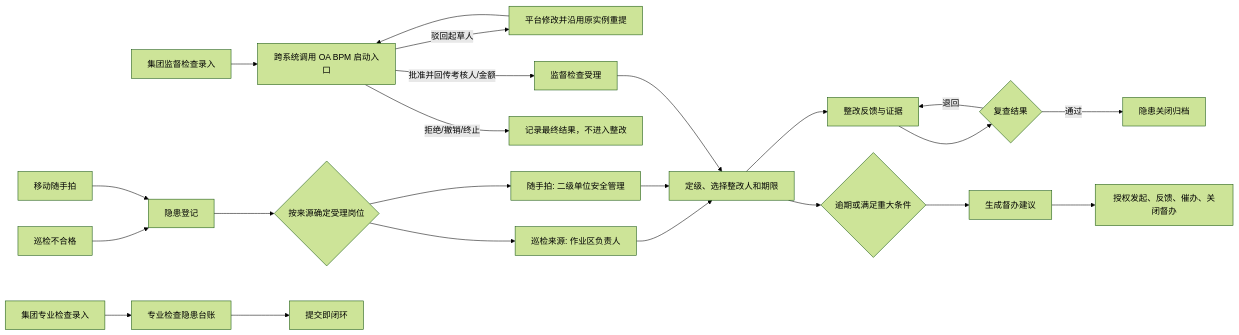
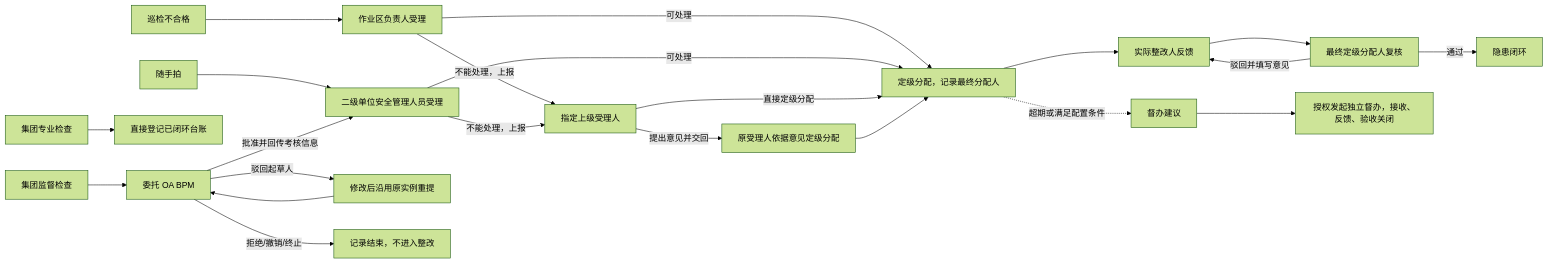
One commit to LingxiangXu/anhuan-safety-platform changed the diagram in platform-v2/docs/prd/modules/安全管理平台隐患治理与督办模块PRD.md. Above: the diagram before and after it, drawn with Mermaid (forest theme). The commit also changed other lines of this file and 7 other files, not shown here.

````diff
--- a/platform-v2/docs/prd/modules/安全管理平台隐患治理与督办模块PRD.md
+++ b/platform-v2/docs/prd/modules/安全管理平台隐患治理与督办模块PRD.md
@@ -55,25 +40,24 @@
 ```mermaid
 flowchart LR
-  inspection["巡检不合格"] --> register["隐患登记"]
-  mobile["移动随手拍"] --> register
-  professional["集团专业检查录入"] --> professionalLedger["专业检查隐患台账"]
-  hse["集团监督检查录入"] --> hseOa["跨系统调用 OA BPM 启动入口"]
-  hseOa -->|"驳回起草人"| hseEdit["平台修改并沿用原实例重提"]
-  hseEdit --> hseOa
-  hseOa -->|"批准并回传考核人/金额"| hseAccept["监督检查受理"]
-  hseOa -->|"拒绝/撤销/终止"| hseEnd["记录最终结果，不进入整改"]
-  register --> route{"按来源确定受理岗位"}
-  route --> section["巡检来源: 作业区负责人"]
-  route --> company["随手拍: 二级单位安全管理"]
-  professionalLedger --> professionalClosed["提交即闭环"]
-  section --> assign["定级、选择整改人和期限"]
-  company --> assign
-  hseAccept --> assign
-  assign --> rectify["整改反馈与证据"]
-  rectify --> review{"复查结果"}
-  review -->|"退回"| rectify
-  review -->|"通过"| close["隐患关闭归档"]
-  assign --> overdue{"逾期或满足重大条件"}
-  overdue --> supervision["生成督办建议"]
-  supervision --> superviseFlow["授权发起、反馈、催办、关闭督办"]
+  inspection["巡检不合格"] --> area["作业区负责人受理"]
+  mobile["随手拍"] --> safety["二级单位安全管理人员受理"]
+  professional["集团专业检查"] --> directClosed["直接登记已闭环台账"]
+  supervision["集团监督检查"] --> oa["委托 OA BPM"]
+  oa -->|"驳回起草人"| edit["修改后沿用原实例重提"]
+  edit --> oa
+  oa -->|"拒绝/撤销/终止"| endOa["记录结束，不进入整改"]
+  oa -->|"批准并回传考核信息"| safety
+  area -->|"可处理"| assign["定级分配，记录最终分配人"]
+  safety -->|"可处理"| assign
+  area -->|"不能处理，上报"| upper["指定上级受理人"]
+  safety -->|"不能处理，上报"| upper
+  upper -->|"直接定级分配"| assign
+  upper -->|"提出意见并交回"| original["原受理人依据意见定级分配"]
+  original --> assign
+  assign --> rectify["实际整改人反馈"]
+  rectify --> review["最终定级分配人复核"]
+  review -->|"通过"| closed["隐患闭环"]
+  review -->|"驳回并填写意见"| rectify
+  assign -.->|"超期或满足配置条件"| suggest["督办建议"]
+  suggest --> sup["授权发起独立督办，接收、反馈、验收关闭"]
 ```
````
